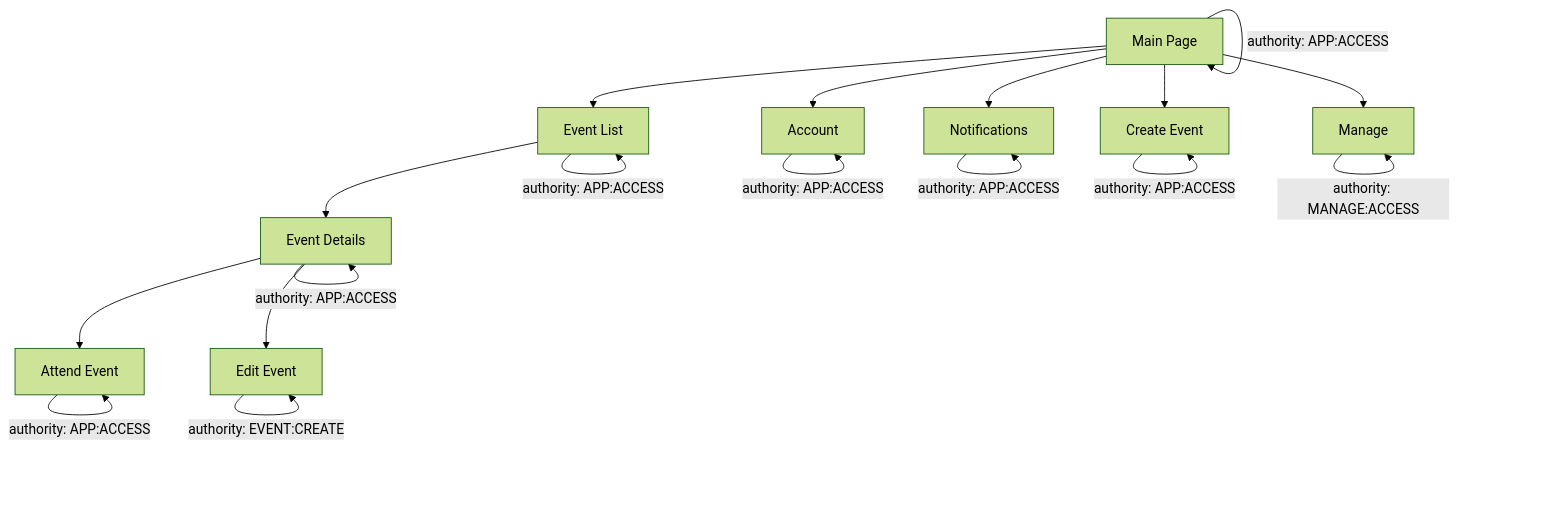
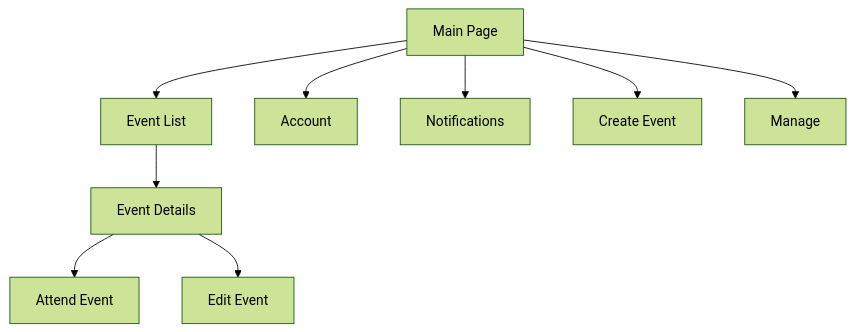
One commit to ai-shift/cyber-valley-tickets changed diagram 25 of 48 in README.md. Above: the diagram before and after it, drawn with Mermaid (forest theme). The commit also changed other lines of this file, not shown here.

Commit message:
docs: attempt to fix mermaid diagrams

````diff
--- a/README.md
+++ b/README.md
@@ -810,22 +808,13 @@
 ```mermaid
 flowchart TD
     A[Main Page] --> B[Event List]
     A --> C[Account]
     A --> D[Notifications]
     A --> E[Create Event]
     A --> F[Manage]
 
     B --> G[Event Details]
     G --> H[Attend Event]
     G --> I[Edit Event]
 
-    A --> |authority: APP:ACCESS| A
-    B --> |authority: APP:ACCESS| B
-    G --> |authority: APP:ACCESS| G
-    H --> |authority: APP:ACCESS| H
-    I --> |authority: EVENT:CREATE| I
-    C --> |authority: APP:ACCESS| C
-    D --> |authority: APP:ACCESS| D
-    E --> |authority: APP:ACCESS| E
-    F --> |authority: MANAGE:ACCESS| F
 ```
````
